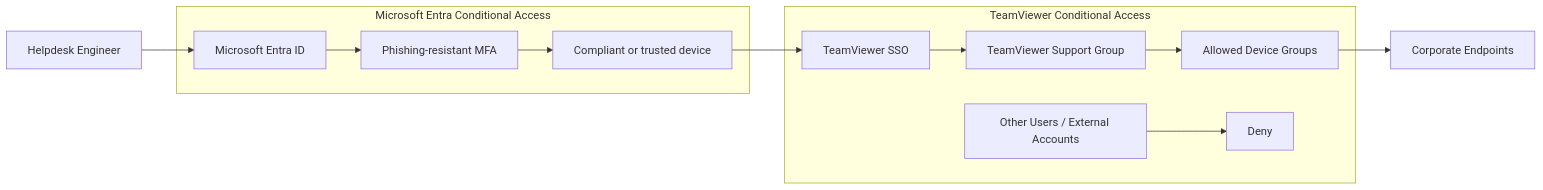
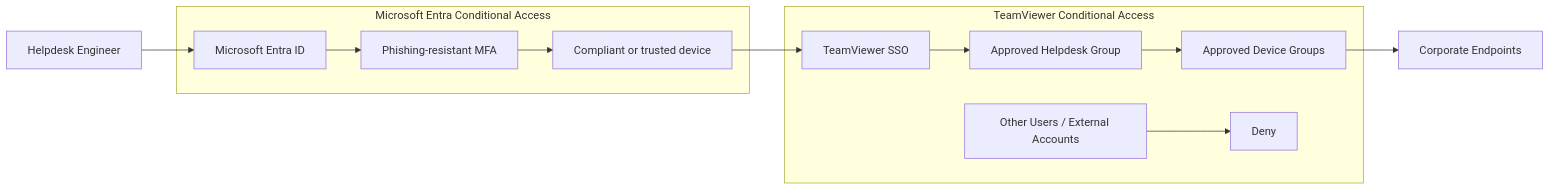
Before and after one commit to Koosjuh/koosjuh.github.io: the third of 3 diagrams in content/posts/Devices/it_helpdesk_attacks_asm.md, drawn with Mermaid. The commit also changed other lines of this file, not shown here.

````diff
--- a/content/posts/Devices/it_helpdesk_attacks_asm.md
+++ b/content/posts/Devices/it_helpdesk_attacks_asm.md
@@ -262,19 +440,19 @@
 ```mermaid
 flowchart LR
     A[Helpdesk Engineer] --> B[Microsoft Entra ID]
 
     subgraph ENTRA[Microsoft Entra Conditional Access]
         B --> C[Phishing-resistant MFA]
         C --> D[Compliant or trusted device]
     end
 
     D --> E[TeamViewer SSO]
 
     subgraph TVCA[TeamViewer Conditional Access]
-        E --> F[TeamViewer Support Group]
-        F --> G[Allowed Device Groups]
+        E --> F[Approved Helpdesk Group]
+        F --> G[Approved Device Groups]
         H[Other Users / External Accounts] --> I[Deny]
     end
 
     G --> J[Corporate Endpoints]
 ```
````
